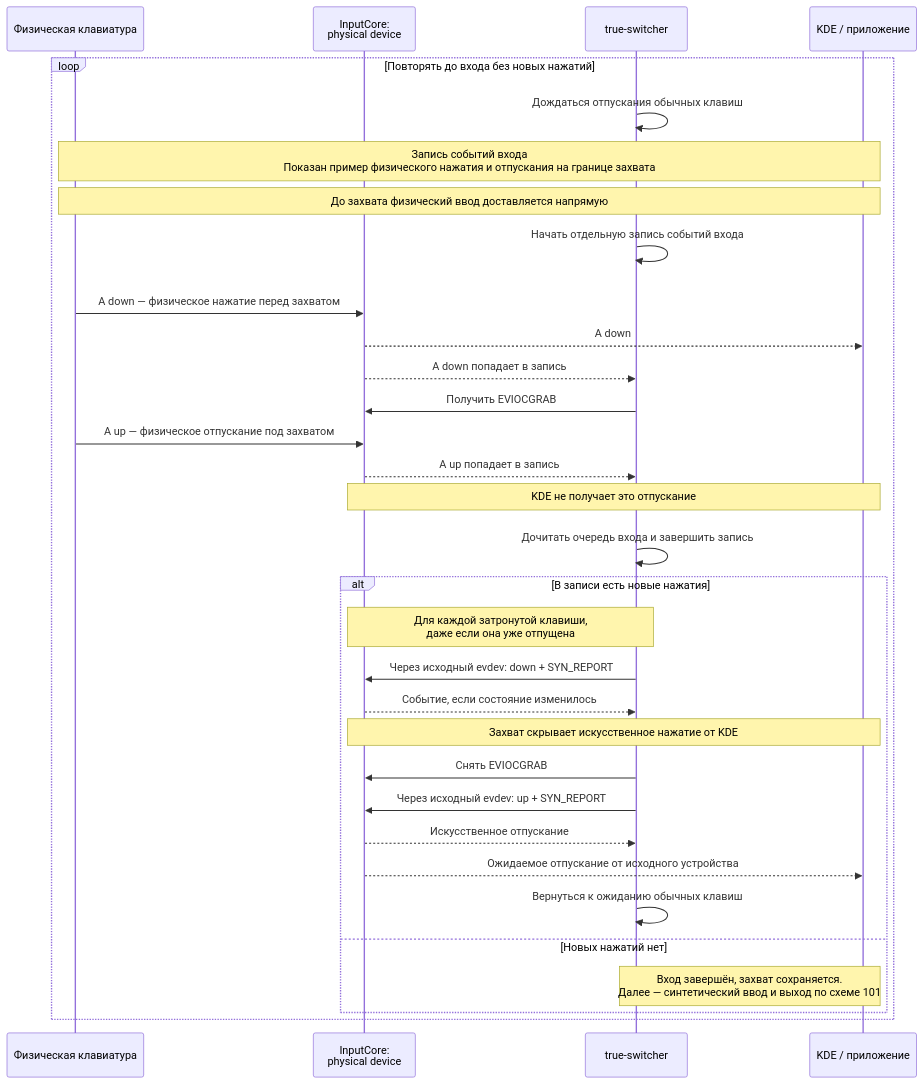
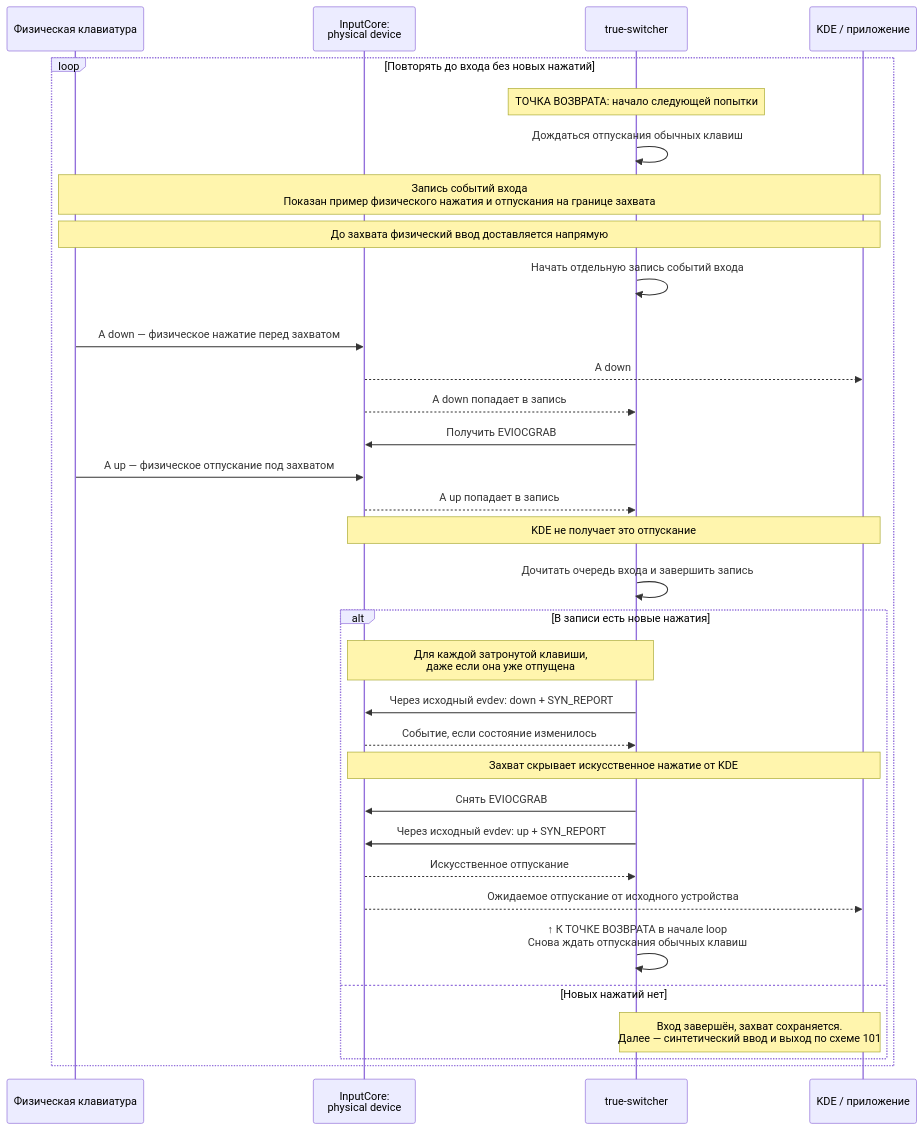
One commit to RugnarLodbrok/true-switcher changed the diagram in doc/tasks/102.md. Above: the diagram before and after it, drawn with Mermaid. The commit also changed 1 other file, not shown here.

````diff
--- a/doc/tasks/102.md
+++ b/doc/tasks/102.md
@@ -23,38 +23,39 @@
 ```mermaid
 %%{init: {"themeCSS": "rect.rect { fill: none; stroke: #888; stroke-width: 1.5px; }"}}%%
 sequenceDiagram
     participant P as Физическая клавиатура
     participant A as InputCore:<br/>physical device
     participant S as true-switcher
     participant K as KDE / приложение
 
     loop Повторять до входа без новых нажатий
+        Note over S: ТОЧКА ВОЗВРАТА: начало следующей попытки
         S->>S: Дождаться отпускания обычных клавиш
         Note over P,K: Запись событий входа<br/>Показан пример физического нажатия и отпускания на границе захвата
         Note over P,K: До захвата физический ввод доставляется напрямую
         S->>S: Начать отдельную запись событий входа
         rect rgba(0, 0, 0, 0)
             P->>A: A down — физическое нажатие перед захватом
             A-->>K: A down
             A-->>S: A down попадает в запись
             S->>A: Получить EVIOCGRAB
             P->>A: A up — физическое отпускание под захватом
             A-->>S: A up попадает в запись
             Note over A,K: KDE не получает это отпускание
         end
         S->>S: Дочитать очередь входа и завершить запись
         alt В записи есть новые нажатия
             Note over S,A: Для каждой затронутой клавиши,<br/>даже если она уже отпущена
             S->>A: Через исходный evdev: down + SYN_REPORT
             A-->>S: Событие, если состояние изменилось
             Note over A,K: Захват скрывает искусственное нажатие от KDE
             S->>A: Снять EVIOCGRAB
             S->>A: Через исходный evdev: up + SYN_REPORT
             A-->>S: Искусственное отпускание
             A-->>K: Ожидаемое отпускание от исходного устройства
-            S->>S: Вернуться к ожиданию обычных клавиш
+            S->>S: ↑ К ТОЧКЕ ВОЗВРАТА в начале loop<br/>Снова ждать отпускания обычных клавиш
         else Новых нажатий нет
             Note over S,K: Вход завершён, захват сохраняется.<br/>Далее — синтетический ввод и выход по схеме 101
         end
     end
 ```
````
